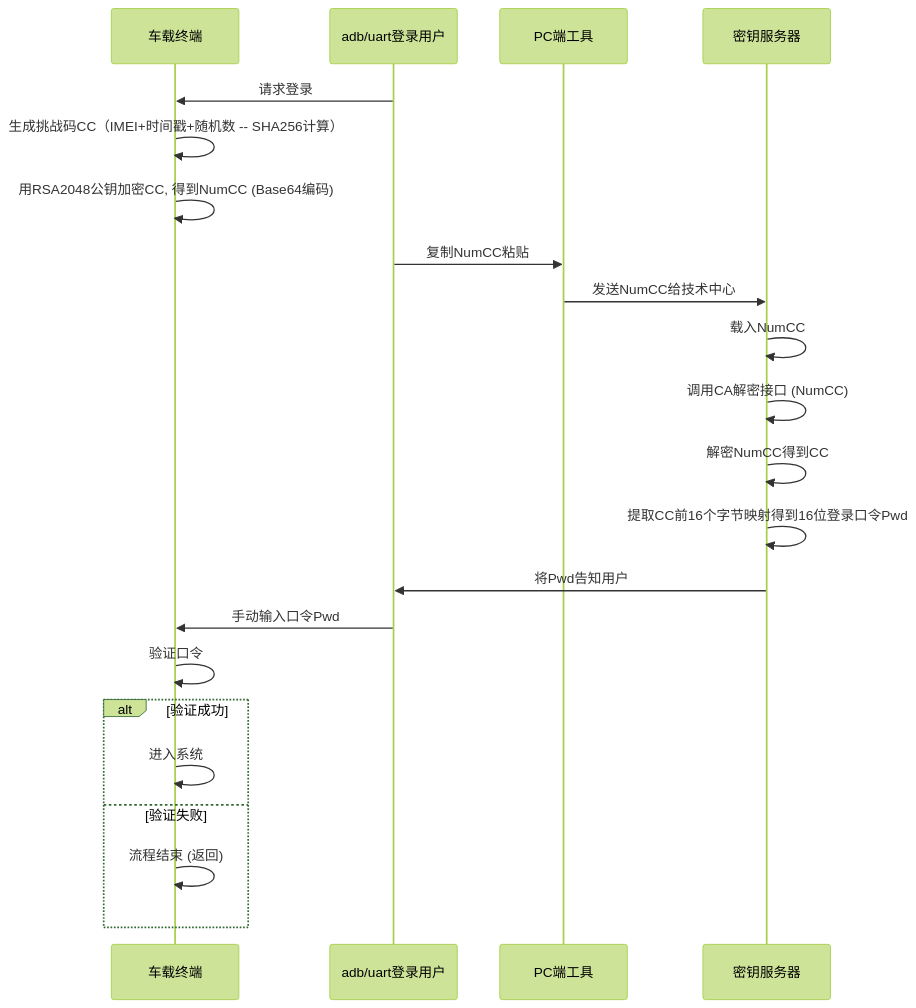
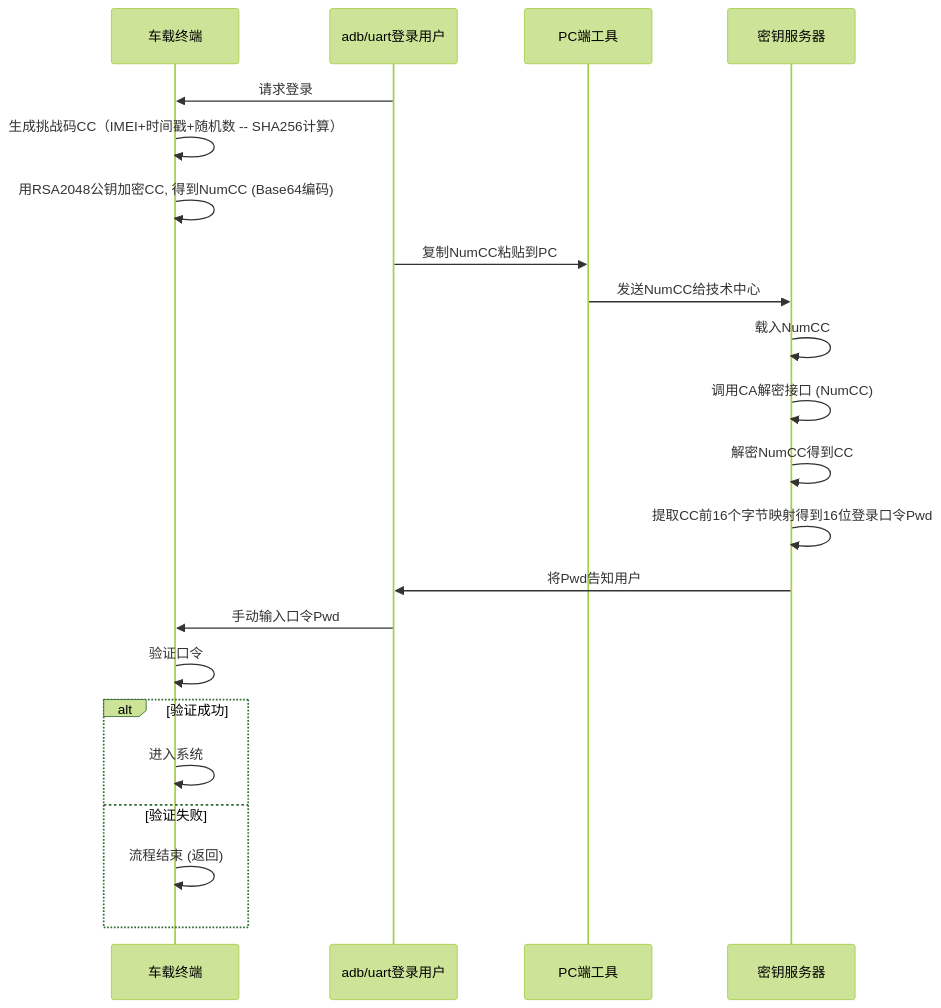
The diagram in all/未命名-13.md (facebook-cloud/iodraw-files), drawn with Mermaid (forest theme) before and after one commit.

Commit message:
2026-01-27 11:22:52 update

````diff
--- a/all/未命名-13.md
+++ b/all/未命名-13.md
@@ -1,28 +1,28 @@
 ```mermaid
 sequenceDiagram
     participant tbox as 车载终端
     participant user as adb/uart登录用户
     participant pc as PC端工具
     participant tech_center as 密钥服务器
   
 
     user->>tbox: 请求登录
     tbox->>tbox: 生成挑战码CC（IMEI+时间戳+随机数 -- SHA256计算）
     tbox->>tbox: 用RSA2048公钥加密CC, 得到NumCC (Base64编码)
-    user->>pc: 复制NumCC粘贴
+    user->>pc: 复制NumCC粘贴到PC
     pc->>tech_center: 发送NumCC给技术中心
     tech_center->>tech_center: 载入NumCC
     tech_center->>tech_center: 调用CA解密接口 (NumCC)
     tech_center->>tech_center: 解密NumCC得到CC
     tech_center->>tech_center: 提取CC前16个字节映射得到16位登录口令Pwd
     tech_center->>user: 将Pwd告知用户
     user->>tbox: 手动输入口令Pwd
     tbox->>tbox: 验证口令
     alt 验证成功
         tbox->>tbox: 进入系统
     else 验证失败
         tbox->>tbox: 流程结束 (返回)
     end
 
 
 ```
````
